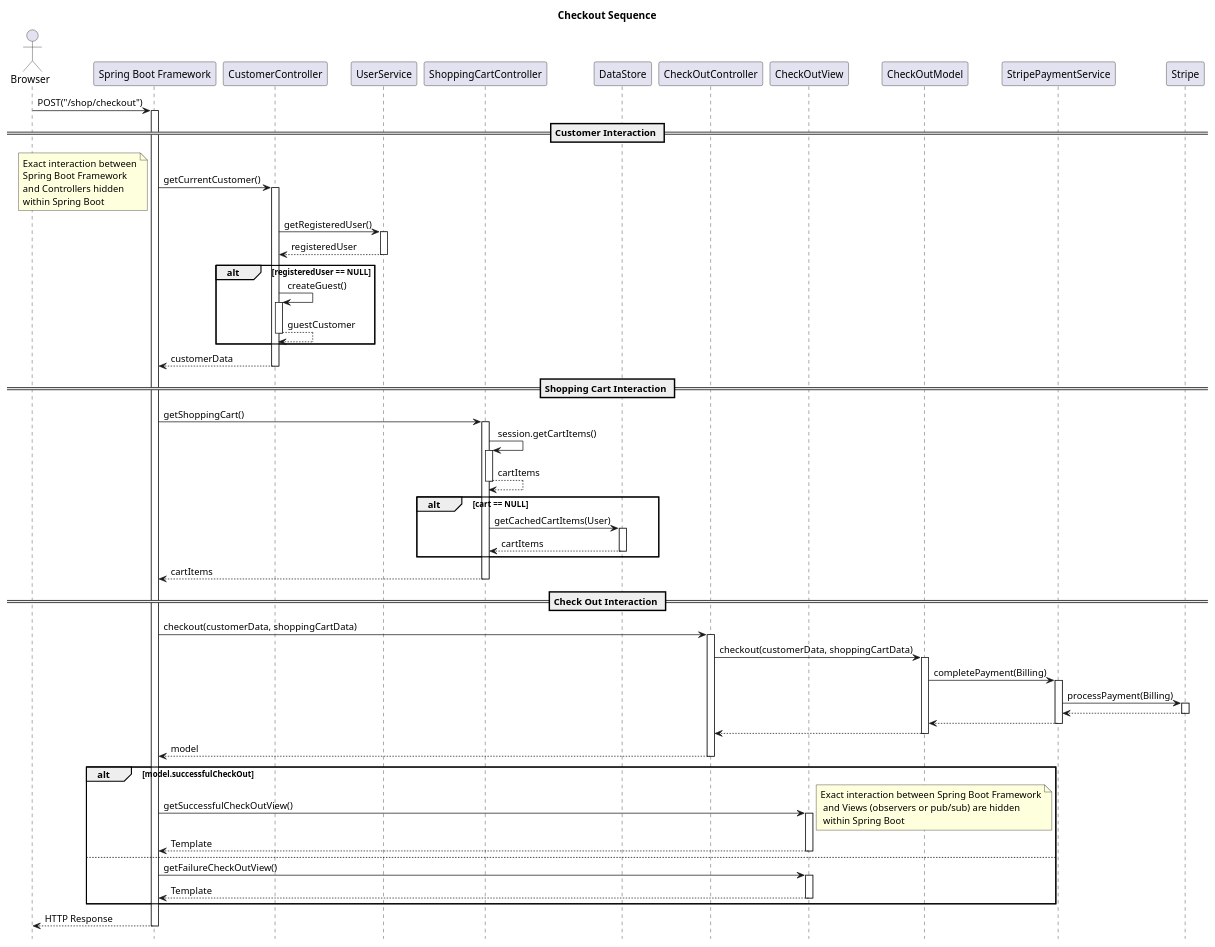
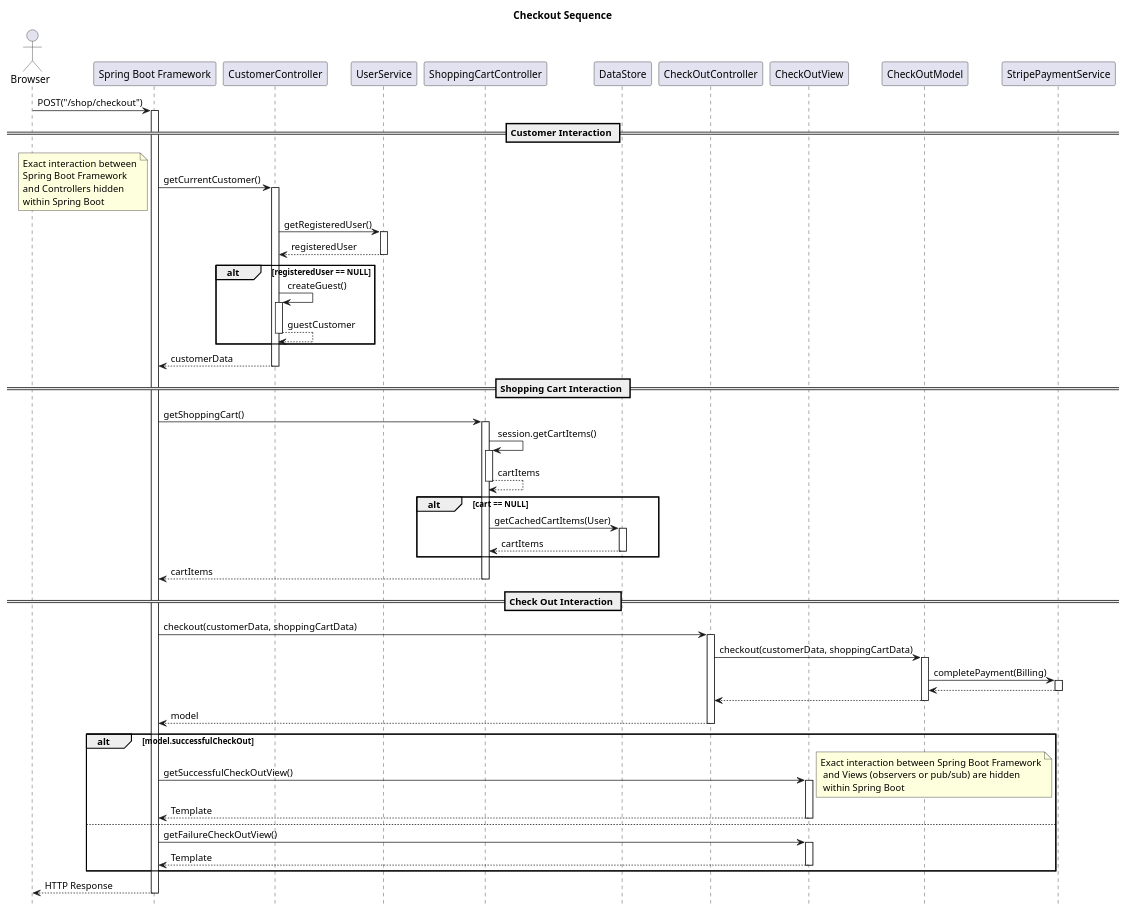
Before and after one commit to Rockie156/se577-train-system: the diagram in docs/sequence/checkout.puml, drawn with PlantUML. The commit also changed 1 other file, not shown here.

Commit message:
Added parameters to Class/Sequence diagrams

```diff
--- a/docs/sequence/checkout.puml
+++ b/docs/sequence/checkout.puml
@@ -1,70 +1,69 @@
 @startuml
 title Checkout Sequence
 hide footbox
 autoactivate on
 
 actor "Browser" as client
 participant "Spring Boot Framework" as SB
 participant CustomerController
 participant UserService
 participant ShoppingCartController
 participant DataStore
 participant CheckOutController
 participant CheckOutView
 
 
 
 client -> SB : POST("/shop/checkout")
 
 == Customer Interaction ==
 SB -> CustomerController : getCurrentCustomer()
 note left
 Exact interaction between
 Spring Boot Framework
 and Controllers hidden
 within Spring Boot
 end note
 CustomerController -> UserService : getRegisteredUser()
 return registeredUser
 alt registeredUser == NULL
    CustomerController -> CustomerController : createGuest()
    return guestCustomer
 end
 return customerData
 
 == Shopping Cart Interaction ==
 SB -> ShoppingCartController : getShoppingCart()
 ShoppingCartController -> ShoppingCartController : session.getCartItems()
 return cartItems
 alt cart == NULL
    ShoppingCartController -> DataStore : getCachedCartItems(User)
    return cartItems
 end
 return cartItems
 
 == Check Out Interaction ==
 SB -> CheckOutController : checkout(customerData, shoppingCartData)
 CheckOutController -> CheckOutModel : checkout(customerData, shoppingCartData)
 CheckOutModel -> StripePaymentService : completePayment(Billing)
-StripePaymentService -> Stripe : processPayment(Billing)
-return
+
 return
 return
 return model
 alt model.successfulCheckOut
    SB -> CheckOutView : getSuccessfulCheckOutView()
    note right
       Exact interaction between Spring Boot Framework
        and Views (observers or pub/sub) are hidden
        within Spring Boot
     end note
 
 return Template
 else
    SB -> CheckOutView : getFailureCheckOutView()
    return Template
 
 end
 
 return HTTP Response
 @enduml
```
